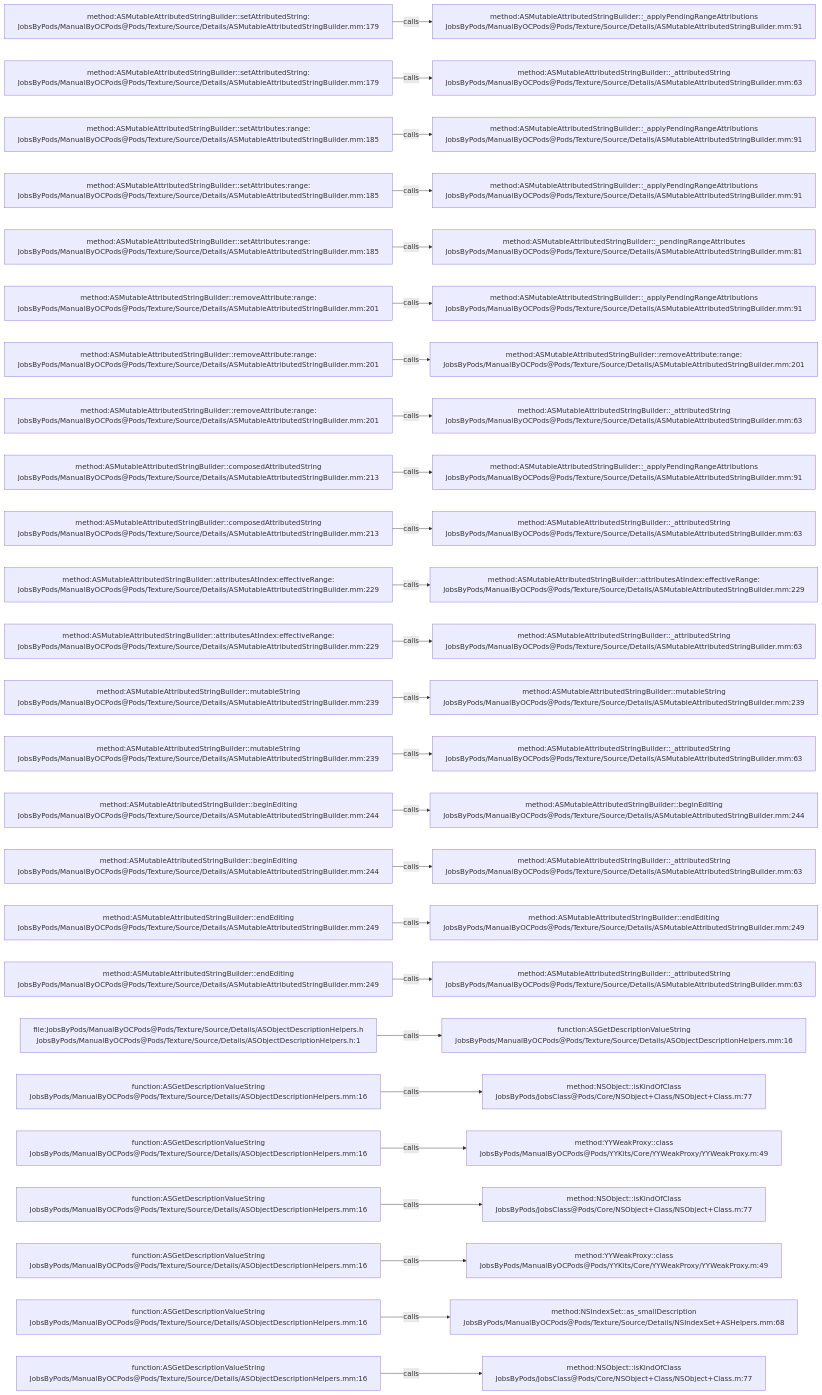
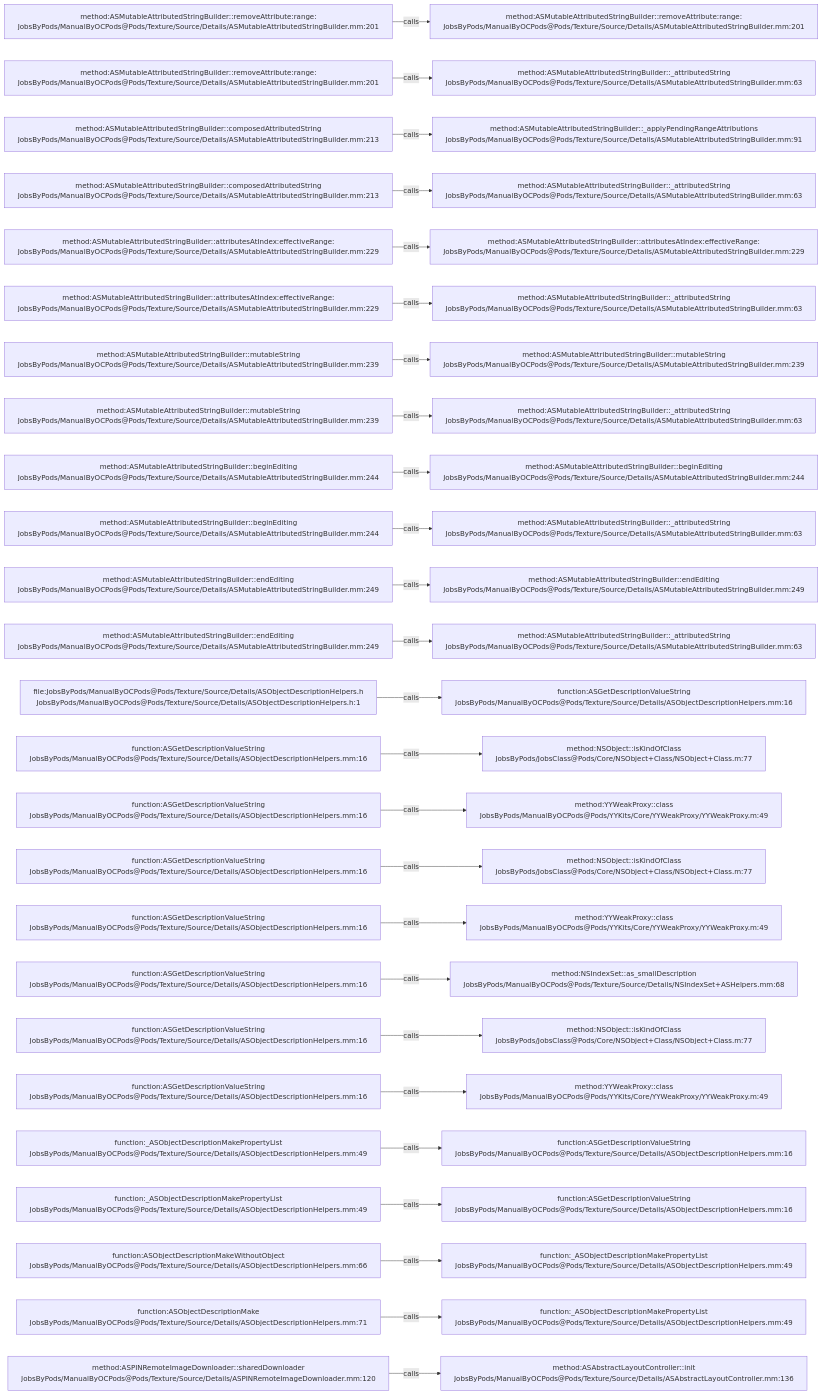
The diagram in .codegraph/codegraph.md/graphs/calls-152.md (JobsKits/JobsOCBaseConfigDemo), drawn with Mermaid before and after one commit. The commit also changed 666 other files, not shown here.

````diff
--- a/.codegraph/codegraph.md/graphs/calls-152.md
+++ b/.codegraph/codegraph.md/graphs/calls-152.md
@@ -13,78 +13,78 @@
 ```mermaid
 flowchart LR
-  S1["method:ASMutableAttributedStringBuilder::setAttributedString:<br/>JobsByPods/ManualByOCPods@Pods/Texture/Source/Details/ASMutableAttributedStringBuilder.mm:179"]
-  T1["method:ASMutableAttributedStringBuilder::_applyPendingRangeAttributions<br/>JobsByPods/ManualByOCPods@Pods/Texture/Source/Details/ASMutableAttributedStringBuilder.mm:91"]
+  S1["method:ASMutableAttributedStringBuilder::removeAttribute:range:<br/>JobsByPods/ManualByOCPods@Pods/Texture/Source/Details/ASMutableAttributedStringBuilder.mm:201"]
+  T1["method:ASMutableAttributedStringBuilder::removeAttribute:range:<br/>JobsByPods/ManualByOCPods@Pods/Texture/Source/Details/ASMutableAttributedStringBuilder.mm:201"]
   S1 -->|calls| T1
-  S2["method:ASMutableAttributedStringBuilder::setAttributedString:<br/>JobsByPods/ManualByOCPods@Pods/Texture/Source/Details/ASMutableAttributedStringBuilder.mm:179"]
+  S2["method:ASMutableAttributedStringBuilder::removeAttribute:range:<br/>JobsByPods/ManualByOCPods@Pods/Texture/Source/Details/ASMutableAttributedStringBuilder.mm:201"]
   T2["method:ASMutableAttributedStringBuilder::_attributedString<br/>JobsByPods/ManualByOCPods@Pods/Texture/Source/Details/ASMutableAttributedStringBuilder.mm:63"]
   S2 -->|calls| T2
-  S3["method:ASMutableAttributedStringBuilder::setAttributes:range:<br/>JobsByPods/ManualByOCPods@Pods/Texture/Source/Details/ASMutableAttributedStringBuilder.mm:185"]
+  S3["method:ASMutableAttributedStringBuilder::composedAttributedString<br/>JobsByPods/ManualByOCPods@Pods/Texture/Source/Details/ASMutableAttributedStringBuilder.mm:213"]
   T3["method:ASMutableAttributedStringBuilder::_applyPendingRangeAttributions<br/>JobsByPods/ManualByOCPods@Pods/Texture/Source/Details/ASMutableAttributedStringBuilder.mm:91"]
   S3 -->|calls| T3
-  S4["method:ASMutableAttributedStringBuilder::setAttributes:range:<br/>JobsByPods/ManualByOCPods@Pods/Texture/Source/Details/ASMutableAttributedStringBuilder.mm:185"]
-  T4["method:ASMutableAttributedStringBuilder::_applyPendingRangeAttributions<br/>JobsByPods/ManualByOCPods@Pods/Texture/Source/Details/ASMutableAttributedStringBuilder.mm:91"]
+  S4["method:ASMutableAttributedStringBuilder::composedAttributedString<br/>JobsByPods/ManualByOCPods@Pods/Texture/Source/Details/ASMutableAttributedStringBuilder.mm:213"]
+  T4["method:ASMutableAttributedStringBuilder::_attributedString<br/>JobsByPods/ManualByOCPods@Pods/Texture/Source/Details/ASMutableAttributedStringBuilder.mm:63"]
   S4 -->|calls| T4
-  S5["method:ASMutableAttributedStringBuilder::setAttributes:range:<br/>JobsByPods/ManualByOCPods@Pods/Texture/Source/Details/ASMutableAttributedStringBuilder.mm:185"]
-  T5["method:ASMutableAttributedStringBuilder::_pendingRangeAttributes<br/>JobsByPods/ManualByOCPods@Pods/Texture/Source/Details/ASMutableAttributedStringBuilder.mm:81"]
+  S5["method:ASMutableAttributedStringBuilder::attributesAtIndex:effectiveRange:<br/>JobsByPods/ManualByOCPods@Pods/Texture/Source/Details/ASMutableAttributedStringBuilder.mm:229"]
+  T5["method:ASMutableAttributedStringBuilder::attributesAtIndex:effectiveRange:<br/>JobsByPods/ManualByOCPods@Pods/Texture/Source/Details/ASMutableAttributedStringBuilder.mm:229"]
   S5 -->|calls| T5
-  S6["method:ASMutableAttributedStringBuilder::removeAttribute:range:<br/>JobsByPods/ManualByOCPods@Pods/Texture/Source/Details/ASMutableAttributedStringBuilder.mm:201"]
-  T6["method:ASMutableAttributedStringBuilder::_applyPendingRangeAttributions<br/>JobsByPods/ManualByOCPods@Pods/Texture/Source/Details/ASMutableAttributedStringBuilder.mm:91"]
+  S6["method:ASMutableAttributedStringBuilder::attributesAtIndex:effectiveRange:<br/>JobsByPods/ManualByOCPods@Pods/Texture/Source/Details/ASMutableAttributedStringBuilder.mm:229"]
+  T6["method:ASMutableAttributedStringBuilder::_attributedString<br/>JobsByPods/ManualByOCPods@Pods/Texture/Source/Details/ASMutableAttributedStringBuilder.mm:63"]
   S6 -->|calls| T6
-  S7["method:ASMutableAttributedStringBuilder::removeAttribute:range:<br/>JobsByPods/ManualByOCPods@Pods/Texture/Source/Details/ASMutableAttributedStringBuilder.mm:201"]
-  T7["method:ASMutableAttributedStringBuilder::removeAttribute:range:<br/>JobsByPods/ManualByOCPods@Pods/Texture/Source/Details/ASMutableAttributedStringBuilder.mm:201"]
+  S7["method:ASMutableAttributedStringBuilder::mutableString<br/>JobsByPods/ManualByOCPods@Pods/Texture/Source/Details/ASMutableAttributedStringBuilder.mm:239"]
+  T7["method:ASMutableAttributedStringBuilder::mutableString<br/>JobsByPods/ManualByOCPods@Pods/Texture/Source/Details/ASMutableAttributedStringBuilder.mm:239"]
   S7 -->|calls| T7
-  S8["method:ASMutableAttributedStringBuilder::removeAttribute:range:<br/>JobsByPods/ManualByOCPods@Pods/Texture/Source/Details/ASMutableAttributedStringBuilder.mm:201"]
+  S8["method:ASMutableAttributedStringBuilder::mutableString<br/>JobsByPods/ManualByOCPods@Pods/Texture/Source/Details/ASMutableAttributedStringBuilder.mm:239"]
   T8["method:ASMutableAttributedStringBuilder::_attributedString<br/>JobsByPods/ManualByOCPods@Pods/Texture/Source/Details/ASMutableAttributedStringBuilder.mm:63"]
   S8 -->|calls| T8
-  S9["method:ASMutableAttributedStringBuilder::composedAttributedString<br/>JobsByPods/ManualByOCPods@Pods/Texture/Source/Details/ASMutableAttributedStringBuilder.mm:213"]
-  T9["method:ASMutableAttributedStringBuilder::_applyPendingRangeAttributions<br/>JobsByPods/ManualByOCPods@Pods/Texture/Source/Details/ASMutableAttributedStringBuilder.mm:91"]
+  S9["method:ASMutableAttributedStringBuilder::beginEditing<br/>JobsByPods/ManualByOCPods@Pods/Texture/Source/Details/ASMutableAttributedStringBuilder.mm:244"]
+  T9["method:ASMutableAttributedStringBuilder::beginEditing<br/>JobsByPods/ManualByOCPods@Pods/Texture/Source/Details/ASMutableAttributedStringBuilder.mm:244"]
   S9 -->|calls| T9
-  S10["method:ASMutableAttributedStringBuilder::composedAttributedString<br/>JobsByPods/ManualByOCPods@Pods/Texture/Source/Details/ASMutableAttributedStringBuilder.mm:213"]
+  S10["method:ASMutableAttributedStringBuilder::beginEditing<br/>JobsByPods/ManualByOCPods@Pods/Texture/Source/Details/ASMutableAttributedStringBuilder.mm:244"]
   T10["method:ASMutableAttributedStringBuilder::_attributedString<br/>JobsByPods/ManualByOCPods@Pods/Texture/Source/Details/ASMutableAttributedStringBuilder.mm:63"]
   S10 -->|calls| T10
-  S11["method:ASMutableAttributedStringBuilder::attributesAtIndex:effectiveRange:<br/>JobsByPods/ManualByOCPods@Pods/Texture/Source/Details/ASMutableAttributedStringBuilder.mm:229"]
-  T11["method:ASMutableAttributedStringBuilder::attributesAtIndex:effectiveRange:<br/>JobsByPods/ManualByOCPods@Pods/Texture/Source/Details/ASMutableAttributedStringBuilder.mm:229"]
+  S11["method:ASMutableAttributedStringBuilder::endEditing<br/>JobsByPods/ManualByOCPods@Pods/Texture/Source/Details/ASMutableAttributedStringBuilder.mm:249"]
+  T11["method:ASMutableAttributedStringBuilder::endEditing<br/>JobsByPods/ManualByOCPods@Pods/Texture/Source/Details/ASMutableAttributedStringBuilder.mm:249"]
   S11 -->|calls| T11
-  S12["method:ASMutableAttributedStringBuilder::attributesAtIndex:effectiveRange:<br/>JobsByPods/ManualByOCPods@Pods/Texture/Source/Details/ASMutableAttributedStringBuilder.mm:229"]
+  S12["method:ASMutableAttributedStringBuilder::endEditing<br/>JobsByPods/ManualByOCPods@Pods/Texture/Source/Details/ASMutableAttributedStringBuilder.mm:249"]
   T12["method:ASMutableAttributedStringBuilder::_attributedString<br/>JobsByPods/ManualByOCPods@Pods/Texture/Source/Details/ASMutableAttributedStringBuilder.mm:63"]
   S12 -->|calls| T12
-  S13["method:ASMutableAttributedStringBuilder::mutableString<br/>JobsByPods/ManualByOCPods@Pods/Texture/Source/Details/ASMutableAttributedStringBuilder.mm:239"]
-  T13["method:ASMutableAttributedStringBuilder::mutableString<br/>JobsByPods/ManualByOCPods@Pods/Texture/Source/Details/ASMutableAttributedStringBuilder.mm:239"]
+  S13["file:JobsByPods/ManualByOCPods@Pods/Texture/Source/Details/ASObjectDescriptionHelpers.h<br/>JobsByPods/ManualByOCPods@Pods/Texture/Source/Details/ASObjectDescriptionHelpers.h:1"]
+  T13["function:ASGetDescriptionValueString<br/>JobsByPods/ManualByOCPods@Pods/Texture/Source/Details/ASObjectDescriptionHelpers.mm:16"]
   S13 -->|calls| T13
-  S14["method:ASMutableAttributedStringBuilder::mutableString<br/>JobsByPods/ManualByOCPods@Pods/Texture/Source/Details/ASMutableAttributedStringBuilder.mm:239"]
-  T14["method:ASMutableAttributedStringBuilder::_attributedString<br/>JobsByPods/ManualByOCPods@Pods/Texture/Source/Details/ASMutableAttributedStringBuilder.mm:63"]
+  S14["function:ASGetDescriptionValueString<br/>JobsByPods/ManualByOCPods@Pods/Texture/Source/Details/ASObjectDescriptionHelpers.mm:16"]
+  T14["method:NSObject::isKindOfClass<br/>JobsByPods/JobsClass@Pods/Core/NSObject+Class/NSObject+Class.m:77"]
   S14 -->|calls| T14
-  S15["method:ASMutableAttributedStringBuilder::beginEditing<br/>JobsByPods/ManualByOCPods@Pods/Texture/Source/Details/ASMutableAttributedStringBuilder.mm:244"]
-  T15["method:ASMutableAttributedStringBuilder::beginEditing<br/>JobsByPods/ManualByOCPods@Pods/Texture/Source/Details/ASMutableAttributedStringBuilder.mm:244"]
+  S15["function:ASGetDescriptionValueString<br/>JobsByPods/ManualByOCPods@Pods/Texture/Source/Details/ASObjectDescriptionHelpers.mm:16"]
+  T15["method:YYWeakProxy::class<br/>JobsByPods/ManualByOCPods@Pods/YYKits/Core/YYWeakProxy/YYWeakProxy.m:49"]
   S15 -->|calls| T15
-  S16["method:ASMutableAttributedStringBuilder::beginEditing<br/>JobsByPods/ManualByOCPods@Pods/Texture/Source/Details/ASMutableAttributedStringBuilder.mm:244"]
-  T16["method:ASMutableAttributedStringBuilder::_attributedString<br/>JobsByPods/ManualByOCPods@Pods/Texture/Source/Details/ASMutableAttributedStringBuilder.mm:63"]
+  S16["function:ASGetDescriptionValueString<br/>JobsByPods/ManualByOCPods@Pods/Texture/Source/Details/ASObjectDescriptionHelpers.mm:16"]
+  T16["method:NSObject::isKindOfClass<br/>JobsByPods/JobsClass@Pods/Core/NSObject+Class/NSObject+Class.m:77"]
   S16 -->|calls| T16
-  S17["method:ASMutableAttributedStringBuilder::endEditing<br/>JobsByPods/ManualByOCPods@Pods/Texture/Source/Details/ASMutableAttributedStringBuilder.mm:249"]
-  T17["method:ASMutableAttributedStringBuilder::endEditing<br/>JobsByPods/ManualByOCPods@Pods/Texture/Source/Details/ASMutableAttributedStringBuilder.mm:249"]
+  S17["function:ASGetDescriptionValueString<br/>JobsByPods/ManualByOCPods@Pods/Texture/Source/Details/ASObjectDescriptionHelpers.mm:16"]
+  T17["method:YYWeakProxy::class<br/>JobsByPods/ManualByOCPods@Pods/YYKits/Core/YYWeakProxy/YYWeakProxy.m:49"]
   S17 -->|calls| T17
-  S18["method:ASMutableAttributedStringBuilder::endEditing<br/>JobsByPods/ManualByOCPods@Pods/Texture/Source/Details/ASMutableAttributedStringBuilder.mm:249"]
-  T18["method:ASMutableAttributedStringBuilder::_attributedString<br/>JobsByPods/ManualByOCPods@Pods/Texture/Source/Details/ASMutableAttributedStringBuilder.mm:63"]
+  S18["function:ASGetDescriptionValueString<br/>JobsByPods/ManualByOCPods@Pods/Texture/Source/Details/ASObjectDescriptionHelpers.mm:16"]
+  T18["method:NSIndexSet::as_smallDescription<br/>JobsByPods/ManualByOCPods@Pods/Texture/Source/Details/NSIndexSet+ASHelpers.mm:68"]
   S18 -->|calls| T18
-  S19["file:JobsByPods/ManualByOCPods@Pods/Texture/Source/Details/ASObjectDescriptionHelpers.h<br/>JobsByPods/ManualByOCPods@Pods/Texture/Source/Details/ASObjectDescriptionHelpers.h:1"]
-  T19["function:ASGetDescriptionValueString<br/>JobsByPods/ManualByOCPods@Pods/Texture/Source/Details/ASObjectDescriptionHelpers.mm:16"]
+  S19["function:ASGetDescriptionValueString<br/>JobsByPods/ManualByOCPods@Pods/Texture/Source/Details/ASObjectDescriptionHelpers.mm:16"]
+  T19["method:NSObject::isKindOfClass<br/>JobsByPods/JobsClass@Pods/Core/NSObject+Class/NSObject+Class.m:77"]
   S19 -->|calls| T19
   S20["function:ASGetDescriptionValueString<br/>JobsByPods/ManualByOCPods@Pods/Texture/Source/Details/ASObjectDescriptionHelpers.mm:16"]
-  T20["method:NSObject::isKindOfClass<br/>JobsByPods/JobsClass@Pods/Core/NSObject+Class/NSObject+Class.m:77"]
+  T20["method:YYWeakProxy::class<br/>JobsByPods/ManualByOCPods@Pods/YYKits/Core/YYWeakProxy/YYWeakProxy.m:49"]
   S20 -->|calls| T20
-  S21["function:ASGetDescriptionValueString<br/>JobsByPods/ManualByOCPods@Pods/Texture/Source/Details/ASObjectDescriptionHelpers.mm:16"]
-  T21["method:YYWeakProxy::class<br/>JobsByPods/ManualByOCPods@Pods/YYKits/Core/YYWeakProxy/YYWeakProxy.m:49"]
+  S21["function:_ASObjectDescriptionMakePropertyList<br/>JobsByPods/ManualByOCPods@Pods/Texture/Source/Details/ASObjectDescriptionHelpers.mm:49"]
+  T21["function:ASGetDescriptionValueString<br/>JobsByPods/ManualByOCPods@Pods/Texture/Source/Details/ASObjectDescriptionHelpers.mm:16"]
   S21 -->|calls| T21
-  S22["function:ASGetDescriptionValueString<br/>JobsByPods/ManualByOCPods@Pods/Texture/Source/Details/ASObjectDescriptionHelpers.mm:16"]
-  T22["method:NSObject::isKindOfClass<br/>JobsByPods/JobsClass@Pods/Core/NSObject+Class/NSObject+Class.m:77"]
+  S22["function:_ASObjectDescriptionMakePropertyList<br/>JobsByPods/ManualByOCPods@Pods/Texture/Source/Details/ASObjectDescriptionHelpers.mm:49"]
+  T22["function:ASGetDescriptionValueString<br/>JobsByPods/ManualByOCPods@Pods/Texture/Source/Details/ASObjectDescriptionHelpers.mm:16"]
   S22 -->|calls| T22
-  S23["function:ASGetDescriptionValueString<br/>JobsByPods/ManualByOCPods@Pods/Texture/Source/Details/ASObjectDescriptionHelpers.mm:16"]
-  T23["method:YYWeakProxy::class<br/>JobsByPods/ManualByOCPods@Pods/YYKits/Core/YYWeakProxy/YYWeakProxy.m:49"]
+  S23["function:ASObjectDescriptionMakeWithoutObject<br/>JobsByPods/ManualByOCPods@Pods/Texture/Source/Details/ASObjectDescriptionHelpers.mm:66"]
+  T23["function:_ASObjectDescriptionMakePropertyList<br/>JobsByPods/ManualByOCPods@Pods/Texture/Source/Details/ASObjectDescriptionHelpers.mm:49"]
   S23 -->|calls| T23
-  S24["function:ASGetDescriptionValueString<br/>JobsByPods/ManualByOCPods@Pods/Texture/Source/Details/ASObjectDescriptionHelpers.mm:16"]
-  T24["method:NSIndexSet::as_smallDescription<br/>JobsByPods/ManualByOCPods@Pods/Texture/Source/Details/NSIndexSet+ASHelpers.mm:68"]
+  S24["function:ASObjectDescriptionMake<br/>JobsByPods/ManualByOCPods@Pods/Texture/Source/Details/ASObjectDescriptionHelpers.mm:71"]
+  T24["function:_ASObjectDescriptionMakePropertyList<br/>JobsByPods/ManualByOCPods@Pods/Texture/Source/Details/ASObjectDescriptionHelpers.mm:49"]
   S24 -->|calls| T24
-  S25["function:ASGetDescriptionValueString<br/>JobsByPods/ManualByOCPods@Pods/Texture/Source/Details/ASObjectDescriptionHelpers.mm:16"]
-  T25["method:NSObject::isKindOfClass<br/>JobsByPods/JobsClass@Pods/Core/NSObject+Class/NSObject+Class.m:77"]
+  S25["method:ASPINRemoteImageDownloader::sharedDownloader<br/>JobsByPods/ManualByOCPods@Pods/Texture/Source/Details/ASPINRemoteImageDownloader.mm:120"]
+  T25["method:ASAbstractLayoutController::init<br/>JobsByPods/ManualByOCPods@Pods/Texture/Source/Details/ASAbstractLayoutController.mm:136"]
   S25 -->|calls| T25
 ```
````
